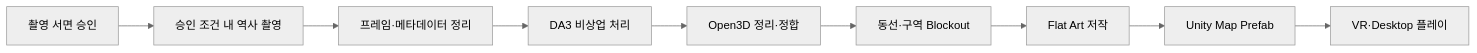
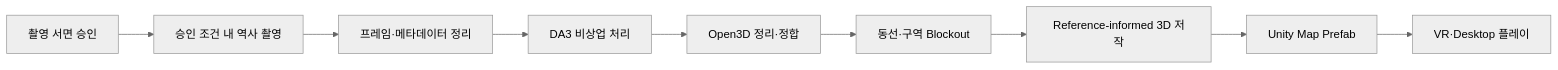
One commit to xrlab-dau/CHOOGuard changed the third of 4 diagrams in docs/choo-guard-platform-architecture-v4.md. Above: the diagram before and after it, drawn with Mermaid (neutral theme). The commit also changed other lines of this file and 19 other files, not shown here.

First line of the commit message:
feat(context): share project decisions and evidence through a portable graph

````diff
--- a/docs/choo-guard-platform-architecture-v4.md
+++ b/docs/choo-guard-platform-architecture-v4.md
@@ -201,11 +201,11 @@
 ```mermaid
 flowchart LR
   APPROVAL[촬영 서면 승인] --> CAP[승인 조건 내 역사 촬영]
   CAP --> INGEST[프레임·메타데이터 정리]
   INGEST --> DA3[DA3 비상업 처리]
   DA3 --> O3D[Open3D 정리·정합]
   O3D --> BLOCK[동선·구역 Blockout]
-  BLOCK --> FLAT[Flat Art 저작]
+  BLOCK --> FLAT[Reference-informed 3D 저작]
   FLAT --> UNITY[Unity Map Prefab]
   UNITY --> PLAY[VR·Desktop 플레이]
 ```
````
